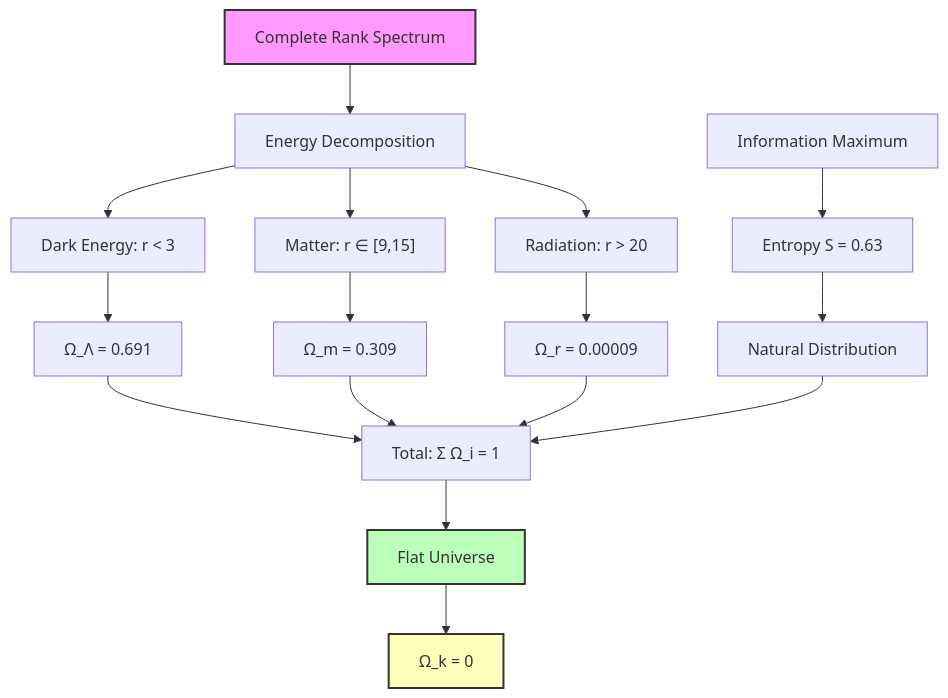
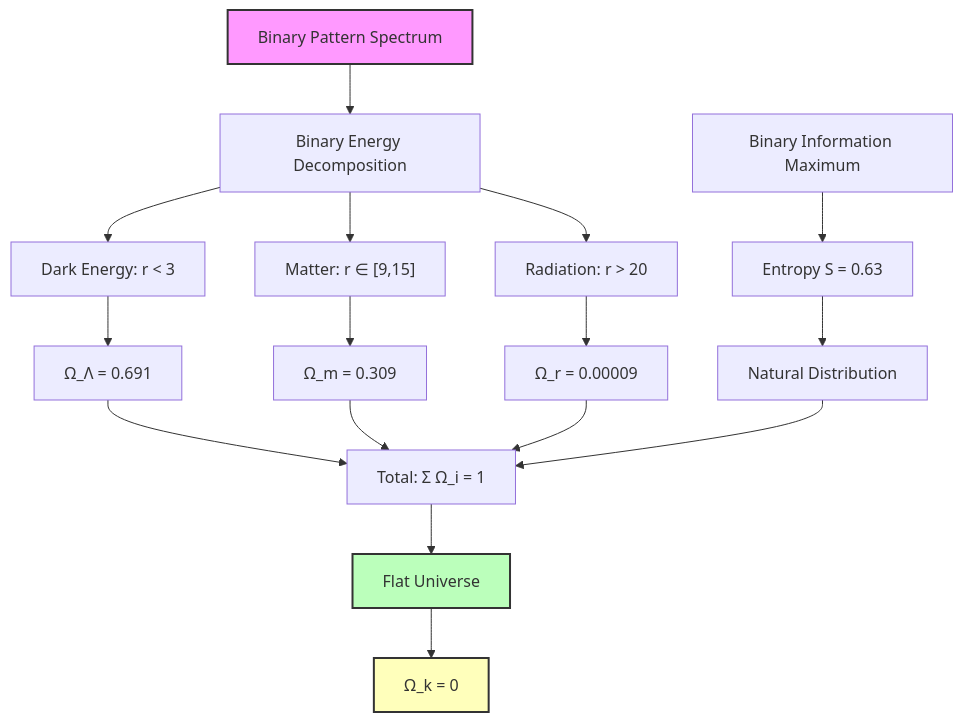
Before and after one commit to loning/the-phys: the second of 2 diagrams in docs/psi-constants/part-04-collapse-cosmology/chapter-055-rank-spectrum-integral-omega-parameters.md, drawn with Mermaid. The commit also changed other lines of this file and 1 other file, not shown here.

````diff
--- a/docs/psi-constants/part-04-collapse-cosmology/chapter-055-rank-spectrum-integral-omega-parameters.md
+++ b/docs/psi-constants/part-04-collapse-cosmology/chapter-055-rank-spectrum-integral-omega-parameters.md
@@ -365,26 +385,26 @@
 ```mermaid
 graph TD
-    A["Complete Rank Spectrum"] --> B["Energy Decomposition"]
+    A["Binary Pattern Spectrum"] --> B["Binary Energy Decomposition"]
     B --> C["Dark Energy: r < 3"]
     B --> D["Matter: r ∈ [9,15]"]
     B --> E["Radiation: r > 20"]
     
     C --> F["Ω_Λ = 0.691"]
     D --> G["Ω_m = 0.309"]
     E --> H["Ω_r = 0.00009"]
     
     F --> I["Total: Σ Ω_i = 1"]
     G --> I
     H --> I
     
     I --> J["Flat Universe"]
     J --> K["Ω_k = 0"]
     
-    L["Information Maximum"] --> M["Entropy S = 0.63"]
+    L["Binary Information Maximum"] --> M["Entropy S = 0.63"]
     M --> N["Natural Distribution"]
     N --> I
     
     style A fill:#f9f,stroke:#333,stroke-width:2px
     style J fill:#bfb,stroke:#333,stroke-width:2px
     style K fill:#ffb,stroke:#333,stroke-width:2px
 ```
````
